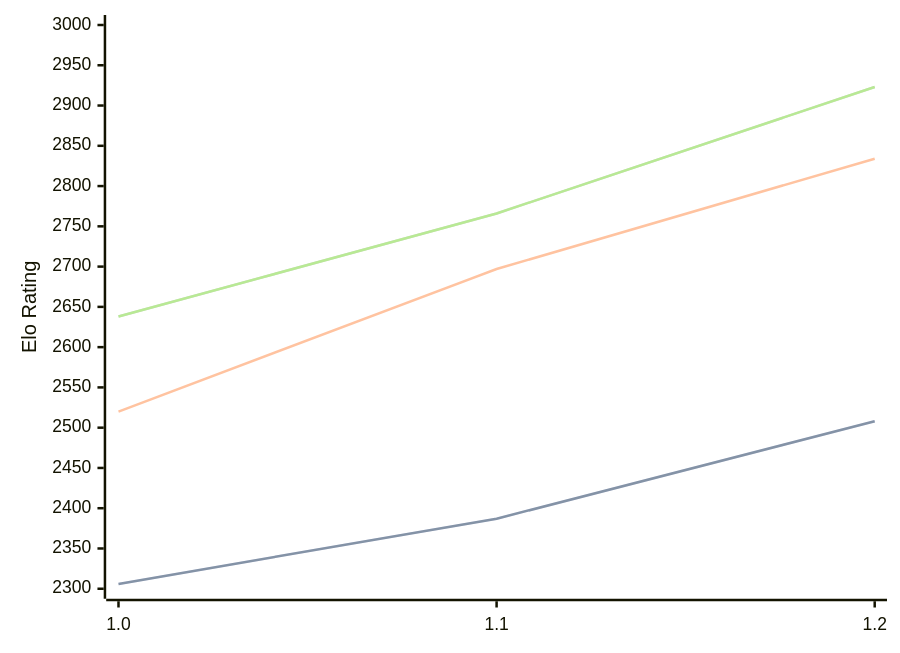
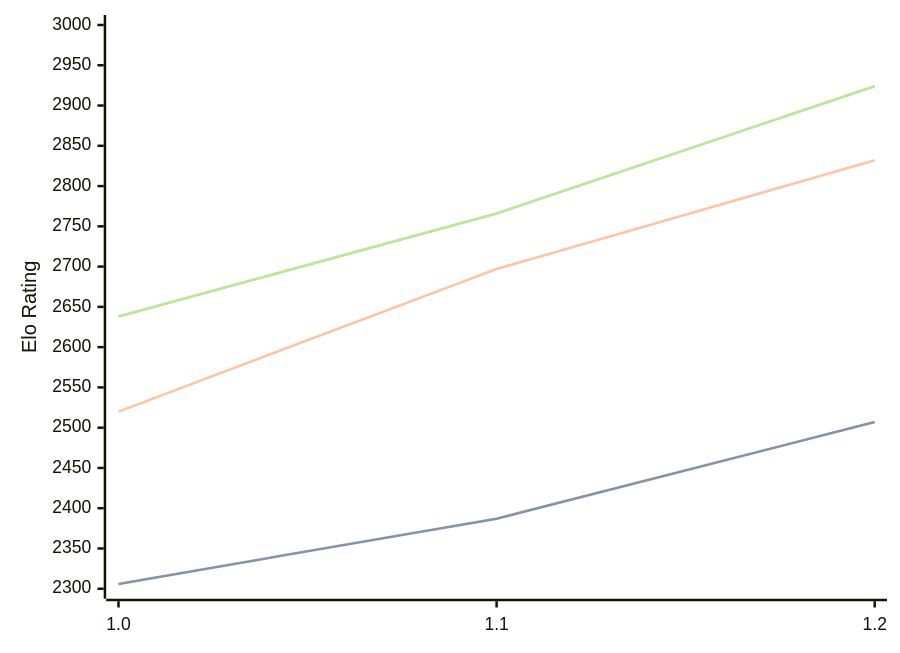
The diagram in engines/FoxChess.md (computer-chess-index/cci), drawn with Mermaid before and after one commit. The commit also changed other lines of this file, not shown here.

Commit message:
Update CCI Ratings (ELO VLTC) - 2026-08-07

````diff
--- a/engines/FoxChess.md
+++ b/engines/FoxChess.md
@@ -33,11 +33,11 @@
 ```mermaid
 %%{init: {"theme":"base","themeVariables":{"seriesColors:['#a3a3a3','#222221','#faa371']}}}%%
 xychart-beta
   x-axis ["1.0", "1.1", "1.2"]
   y-axis "Elo Rating" 2300 --> 3000
-  line "STC (8.0+0.08s)" [2306, 2387, 2508]
-  line "STC (8.0+0.08s)" [2306, 2387, 2508]
-  line "LTC (60.0+0.60s)" [2520, 2697, 2834]
-  line "VLTC (2m24s+1.12s)" [2638, 2766, 2923]
-  line "VLTC (2m24s+1.12s)" [2638, 2766, 2923]
+  line "STC (8.0+0.08s)" [2306, 2387, 2507]
+  line "STC (8.0+0.08s)" [2306, 2387, 2507]
+  line "LTC (60.0+0.60s)" [2520, 2697, 2832]
+  line "VLTC (2m24s+1.12s)" [2638, 2766, 2924]
+  line "VLTC (2m24s+1.12s)" [2638, 2766, 2924]
 ```
````
